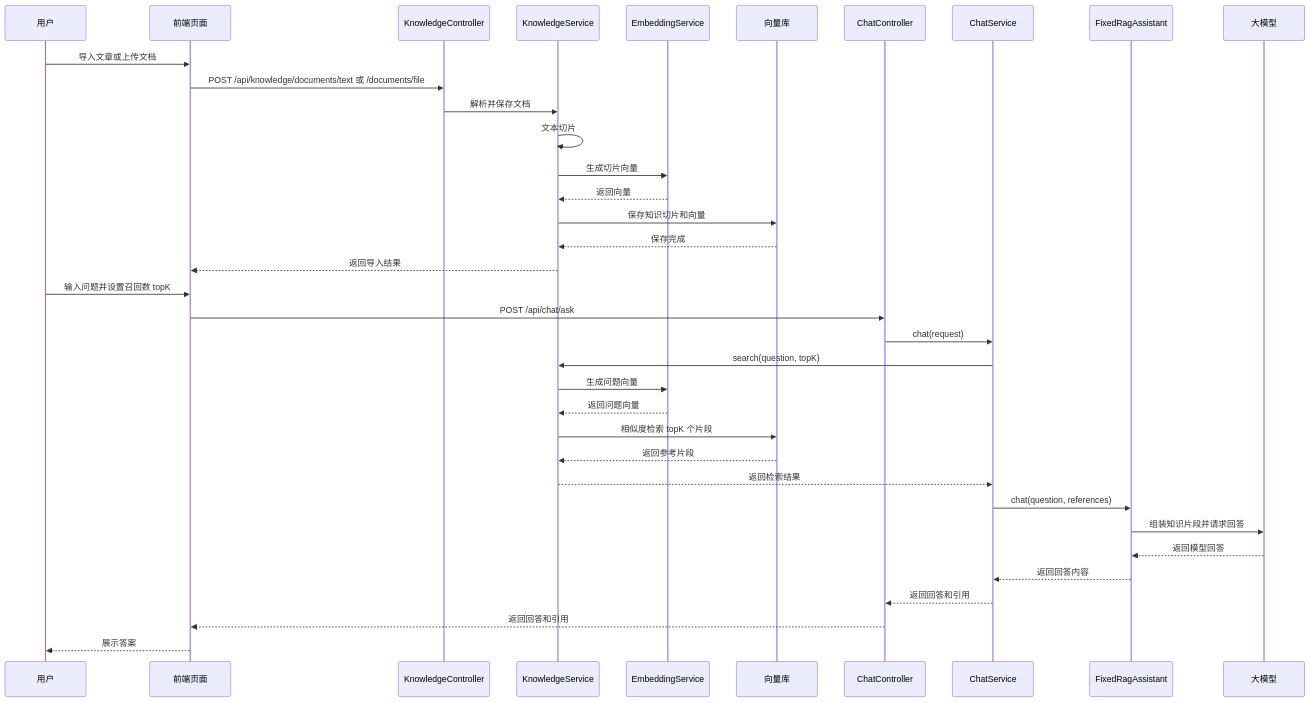
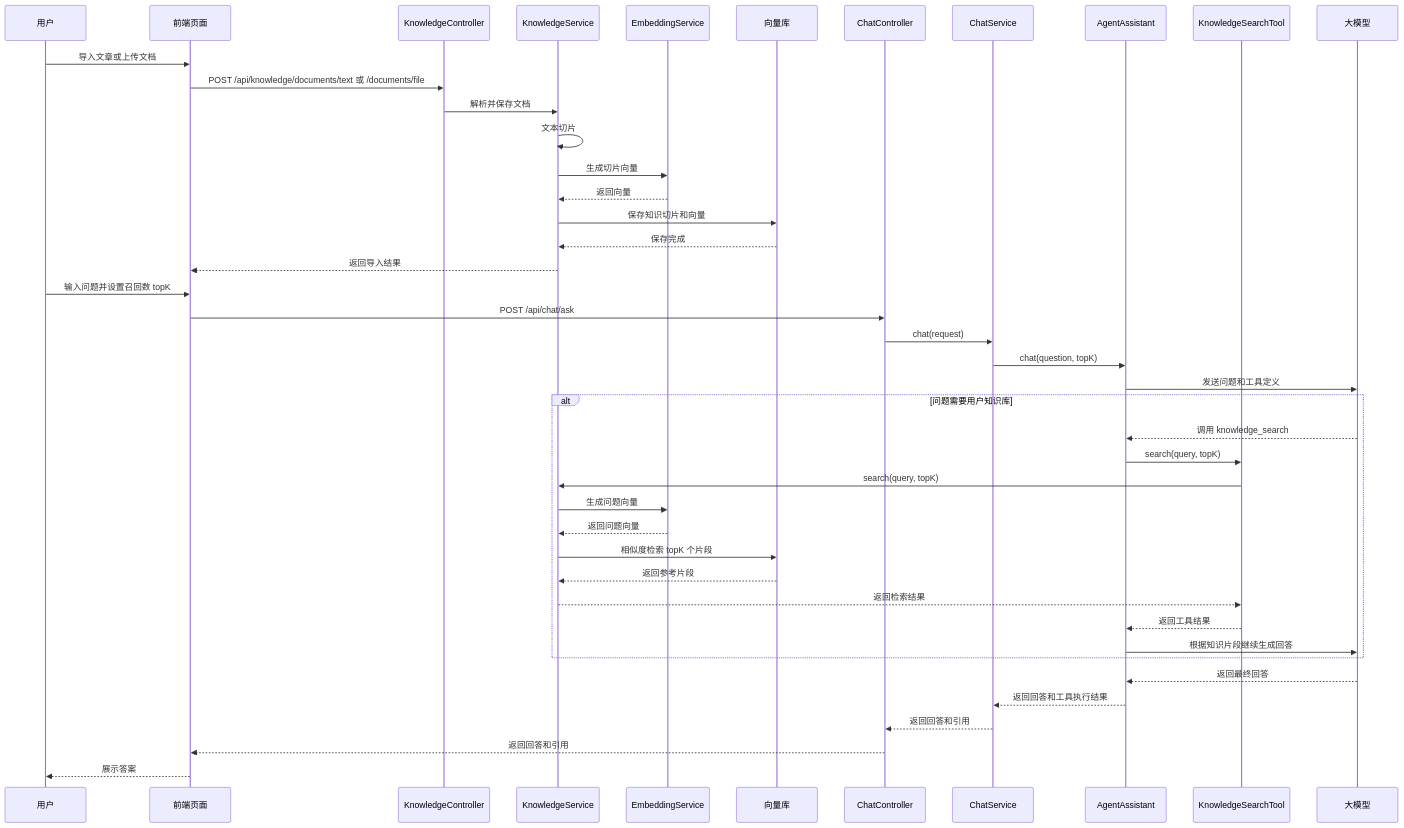
The diagram in README.md (miahemu/ai-code-helper), drawn with Mermaid before and after one commit. The commit also changed other lines of this file and 2 other files, not shown here.

Commit message:
#385962 chore： 前端文案同步调整

````diff
--- a/README.md
+++ b/README.md
@@ -38,40 +38,47 @@
 ```mermaid
 sequenceDiagram
     participant U as 用户
     participant F as 前端页面
     participant K as KnowledgeController
     participant KS as KnowledgeService
     participant E as EmbeddingService
     participant V as 向量库
     participant C as ChatController
     participant CS as ChatService
-    participant RA as FixedRagAssistant
+    participant A as AgentAssistant
+    participant T as KnowledgeSearchTool
     participant LLM as 大模型
 
     U->>F: 导入文章或上传文档
     F->>K: POST /api/knowledge/documents/text 或 /documents/file
     K->>KS: 解析并保存文档
     KS->>KS: 文本切片
     KS->>E: 生成切片向量
     E-->>KS: 返回向量
     KS->>V: 保存知识切片和向量
     V-->>KS: 保存完成
     KS-->>F: 返回导入结果
 
     U->>F: 输入问题并设置召回数 topK
     F->>C: POST /api/chat/ask
     C->>CS: chat(request)
-    CS->>KS: search(question, topK)
-    KS->>E: 生成问题向量
-    E-->>KS: 返回问题向量
-    KS->>V: 相似度检索 topK 个片段
-    V-->>KS: 返回参考片段
-    KS-->>CS: 返回检索结果
-    CS->>RA: chat(question, references)
-    RA->>LLM: 组装知识片段并请求回答
-    LLM-->>RA: 返回模型回答
-    RA-->>CS: 返回回答内容
+    CS->>A: chat(question, topK)
+    A->>LLM: 发送问题和工具定义
+    alt 问题需要用户知识库
+        LLM-->>A: 调用 knowledge_search
+        A->>T: search(query, topK)
+        T->>KS: search(query, topK)
+        KS->>E: 生成问题向量
+        E-->>KS: 返回问题向量
+        KS->>V: 相似度检索 topK 个片段
+        V-->>KS: 返回参考片段
+        KS-->>T: 返回检索结果
+        T-->>A: 返回工具结果
+        A->>LLM: 根据知识片段继续生成回答
+    end
+    LLM-->>A: 返回最终回答
+    A-->>CS: 返回回答和工具执行结果
     CS-->>C: 返回回答和引用
     C-->>F: 返回回答和引用
     F-->>U: 展示答案
 ```
````
